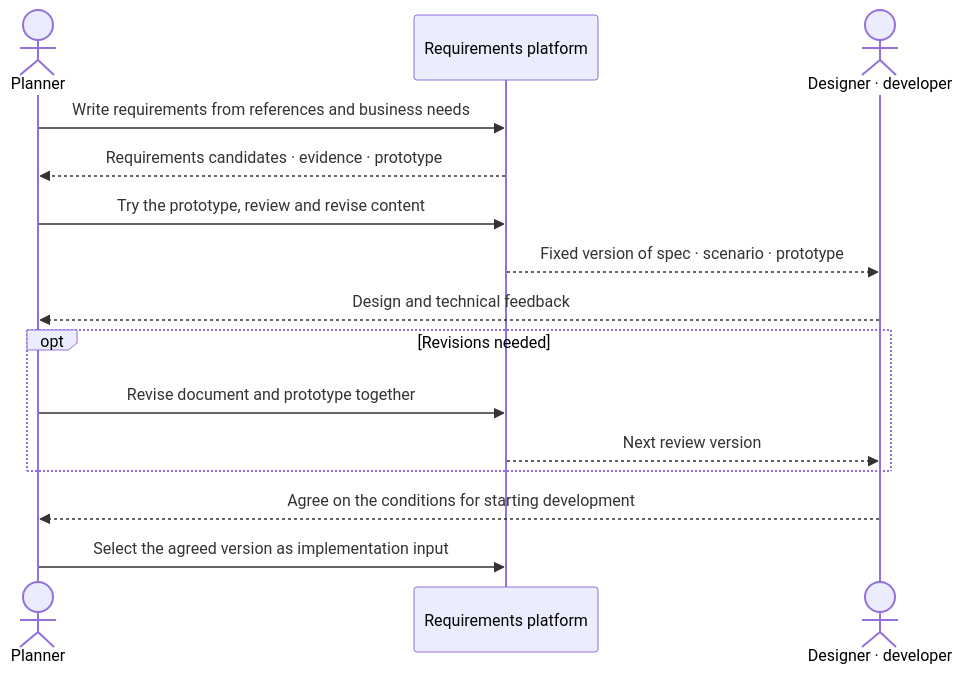
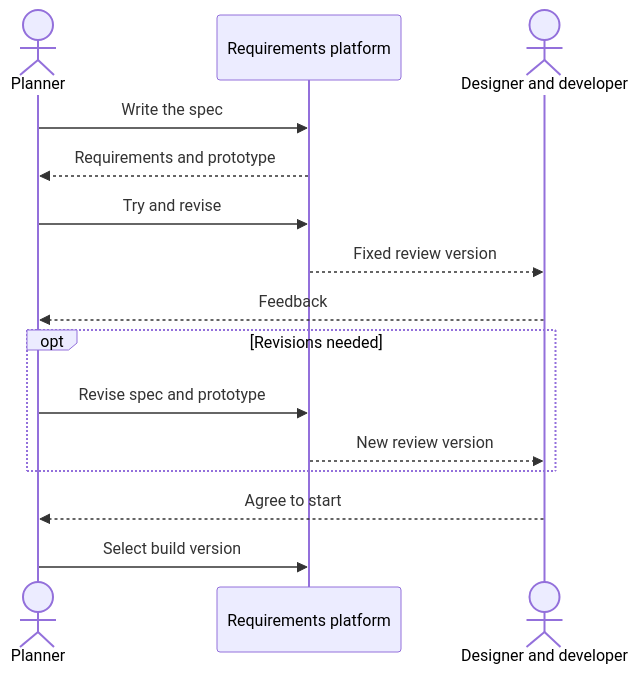
Before and after one commit to haandol/haandol.github.com: the second of 9 diagrams in _en/2026-11-05-enterprise-wide-ax-essentials.md, drawn with Mermaid. The commit also changed other lines of this file and 1 other file, not shown here.

Commit message:
docs: connect DDD knowledge and execution review loops

````diff
--- a/_en/2026-11-05-enterprise-wide-ax-essentials.md
+++ b/_en/2026-11-05-enterprise-wide-ax-essentials.md
@@ -105,17 +105,17 @@
 ```mermaid
 sequenceDiagram
   actor P as Planner
   participant H as Requirements platform
-  actor R as Designer · developer
-  P->>H: Write requirements from references and business needs
-  H-->>P: Requirements candidates · evidence · prototype
-  P->>H: Try the prototype, review and revise content
-  H-->>R: Fixed version of spec · scenario · prototype
-  R-->>P: Design and technical feedback
+  actor R as Designer and developer
+  P->>H: Write the spec
+  H-->>P: Requirements and prototype
+  P->>H: Try and revise
+  H-->>R: Fixed review version
+  R-->>P: Feedback
   opt Revisions needed
-    P->>H: Revise document and prototype together
-    H-->>R: Next review version
+    P->>H: Revise spec and prototype
+    H-->>R: New review version
   end
-  R-->>P: Agree on the conditions for starting development
-  P->>H: Select the agreed version as implementation input
+  R-->>P: Agree to start
+  P->>H: Select build version
 ```
````
